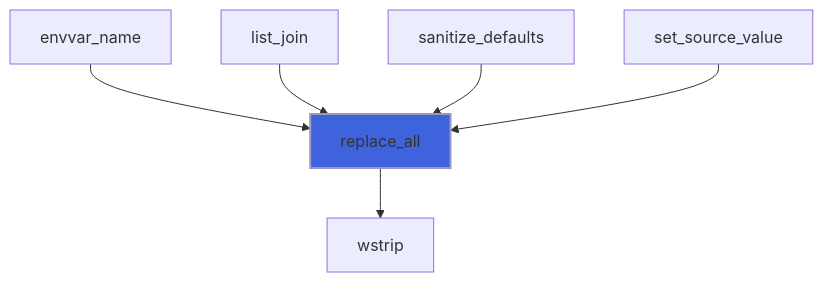
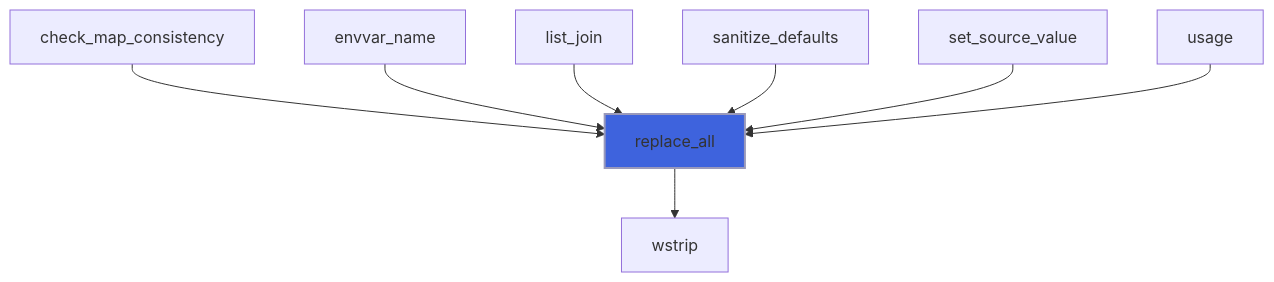
One commit to szaghi/FLAP changed diagram 12 of 16 in docs/api/src/lib/flap_utils_m.md. Above: the diagram before and after it, drawn with Mermaid. The commit also changed other lines of this file and 16 other files, not shown here.

````diff
--- a/docs/api/src/lib/flap_utils_m.md
+++ b/docs/api/src/lib/flap_utils_m.md
@@ -438,9 +442,11 @@
 ```mermaid
 flowchart TD
+  check_map_consistency["check_map_consistency"] --> replace_all["replace_all"]
   envvar_name["envvar_name"] --> replace_all["replace_all"]
   list_join["list_join"] --> replace_all["replace_all"]
   sanitize_defaults["sanitize_defaults"] --> replace_all["replace_all"]
   set_source_value["set_source_value"] --> replace_all["replace_all"]
+  usage["usage"] --> replace_all["replace_all"]
   replace_all["replace_all"] --> wstrip["wstrip"]
   style replace_all fill:#3e63dd,stroke:#99b,stroke-width:2px
 ```
````
